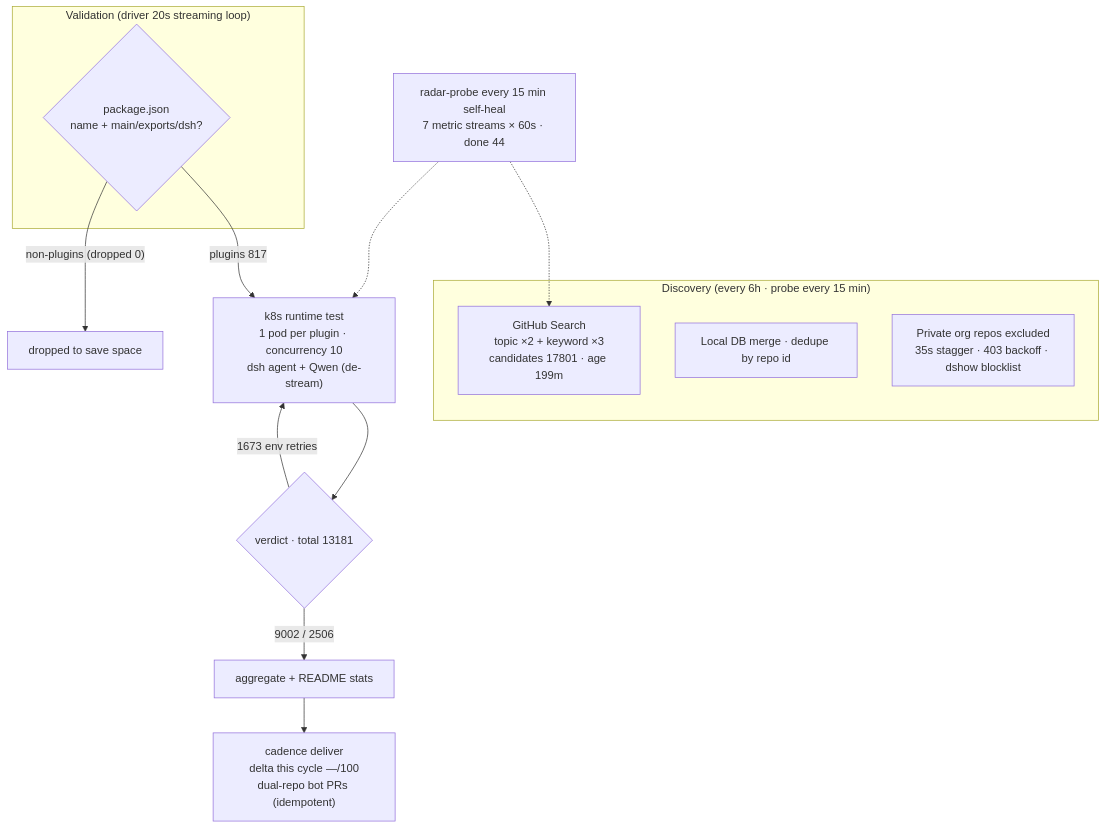
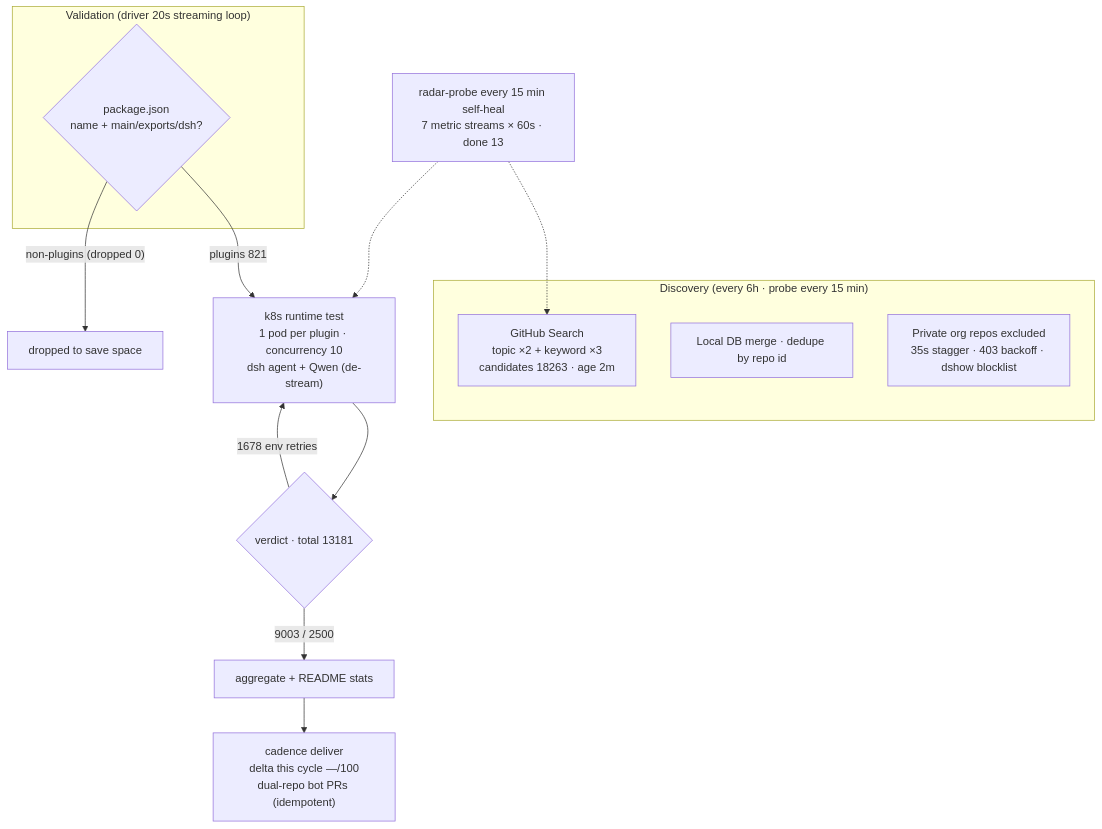
Before and after one commit to AdamPlatin123/awesome-dsh-plugins: the diagram in README.en-US.md, drawn with Mermaid. The commit also changed other lines of this file and 5 other files, not shown here.

````diff
--- a/README.en-US.md
+++ b/README.en-US.md
@@ -45,20 +45,20 @@
 ```mermaid
 flowchart TB
     subgraph Discovery["Discovery (every 6h · probe every 15 min)"]
-        A1["GitHub Search<br/>topic ×2 + keyword ×3<br/>candidates 17801 · age 199m"]
+        A1["GitHub Search<br/>topic ×2 + keyword ×3<br/>candidates 18263 · age 2m"]
         A2["Local DB merge · dedupe by repo id"]
         A3["Private org repos excluded<br/>35s stagger · 403 backoff · dshow blocklist"]
     end
     subgraph Validation["Validation (driver 20s streaming loop)"]
         B1{"package.json<br/>name + main/exports/dsh?"}
     end
-    B1 -->|"plugins 817"| C1["k8s runtime test<br/>1 pod per plugin · concurrency 10<br/>dsh agent + Qwen (de-stream)"]
+    B1 -->|"plugins 821"| C1["k8s runtime test<br/>1 pod per plugin · concurrency 10<br/>dsh agent + Qwen (de-stream)"]
     B1 -->|"non-plugins (dropped 0)"| B3["dropped to save space"]
     C1 --> D1{"verdict · total 13181"}
-    D1 -->|"9002 / 2506"| E1["aggregate + README stats"]
-    D1 -->|"1673 env retries"| C1
+    D1 -->|"9003 / 2500"| E1["aggregate + README stats"]
+    D1 -->|"1678 env retries"| C1
     E1 --> E2["cadence deliver<br/>delta this cycle —/100<br/>dual-repo bot PRs (idempotent)"]
-    M["radar-probe every 15 min self-heal<br/>7 metric streams × 60s · done 44"]
+    M["radar-probe every 15 min self-heal<br/>7 metric streams × 60s · done 13"]
     M -.-> A1
     M -.-> C1
 ```
````
